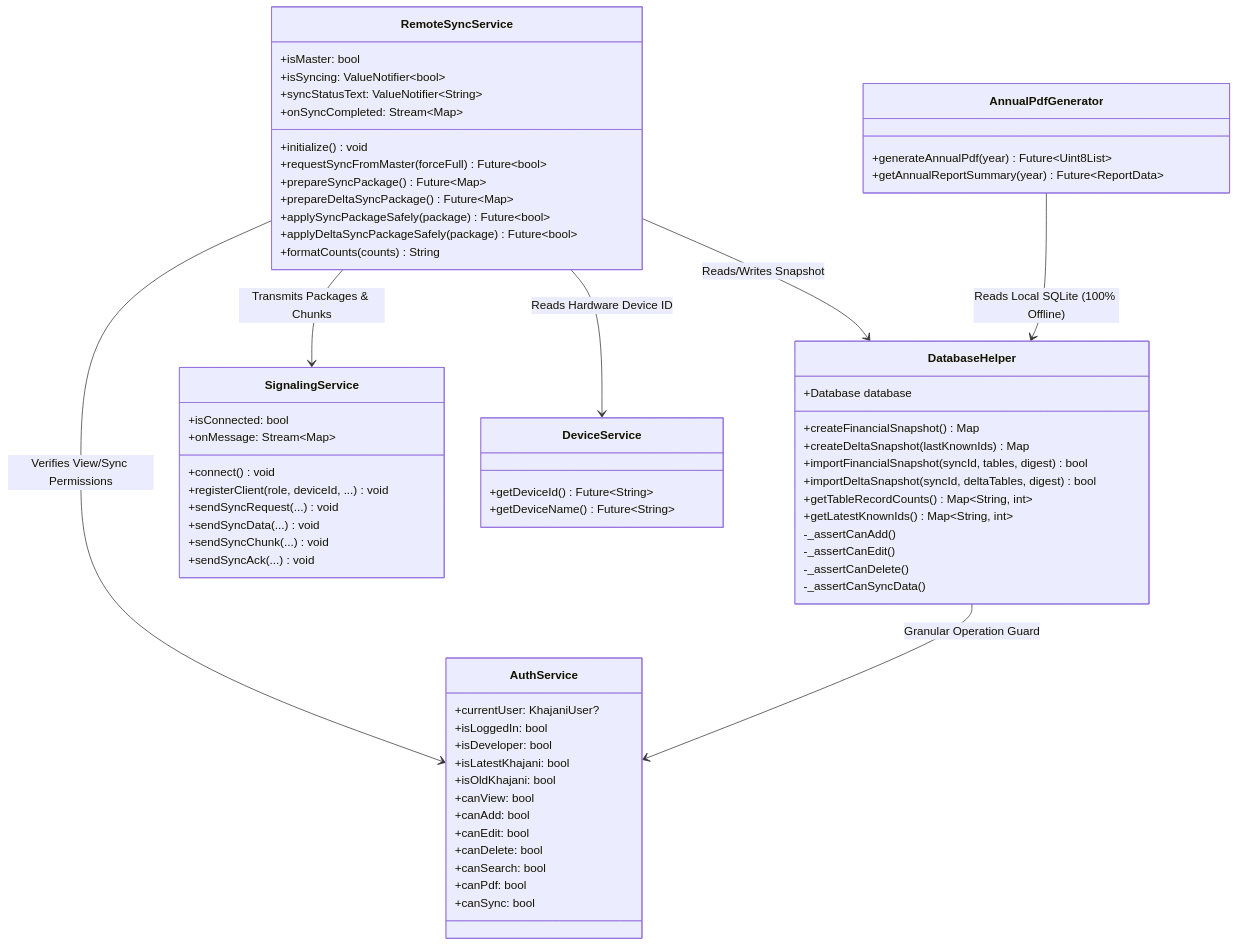
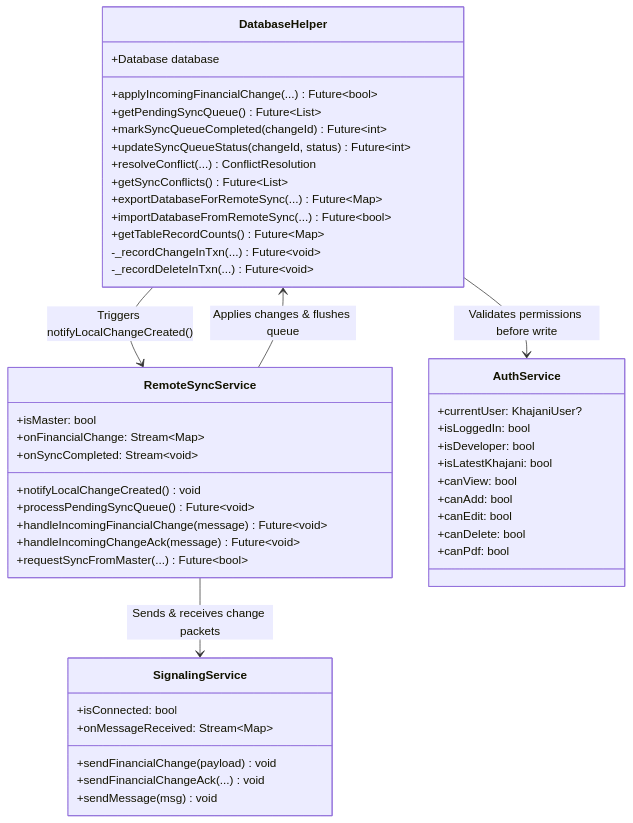
One commit to Sp-4030/Mandal-Management-App changed the second of 4 diagrams in README.md. Above: the diagram before and after it, drawn with Mermaid. The commit also changed other lines of this file and 12 other files, not shown here.

Commit message:
Implement two-way real-time and offline-first financial data synchronization across all authorized devices

````diff
--- a/README.md
+++ b/README.md
@@ -68,73 +69,53 @@
 ```mermaid
 classDiagram
     class DatabaseHelper {
         +Database database
-        +createFinancialSnapshot() Map
-        +createDeltaSnapshot(lastKnownIds) Map
-        +importFinancialSnapshot(syncId, tables, digest) bool
-        +importDeltaSnapshot(syncId, deltaTables, digest) bool
-        +getTableRecordCounts() Map~String, int~
-        +getLatestKnownIds() Map~String, int~
-        -_assertCanAdd()
-        -_assertCanEdit()
-        -_assertCanDelete()
-        -_assertCanSyncData()
+        +applyIncomingFinancialChange(...) Future~bool~
+        +getPendingSyncQueue() Future~List~
+        +markSyncQueueCompleted(changeId) Future~int~
+        +updateSyncQueueStatus(changeId, status) Future~int~
+        +resolveConflict(...) ConflictResolution
+        +getSyncConflicts() Future~List~
+        +exportDatabaseForRemoteSync(...) Future~Map~
+        +importDatabaseFromRemoteSync(...) Future~bool~
+        +getTableRecordCounts() Future~Map~
+        -_recordChangeInTxn(...) Future~void~
+        -_recordDeleteInTxn(...) Future~void~
     }
 
     class RemoteSyncService {
         +isMaster: bool
-        +isSyncing: ValueNotifier~bool~
-        +syncStatusText: ValueNotifier~String~
-        +onSyncCompleted: Stream~Map~
-        +initialize() void
-        +requestSyncFromMaster(forceFull) Future~bool~
-        +prepareSyncPackage() Future~Map~
-        +prepareDeltaSyncPackage() Future~Map~
-        +applySyncPackageSafely(package) Future~bool~
-        +applyDeltaSyncPackageSafely(package) Future~bool~
-        +formatCounts(counts) String
+        +onFinancialChange: Stream~Map~
+        +onSyncCompleted: Stream~void~
+        +notifyLocalChangeCreated() void
+        +processPendingSyncQueue() Future~void~
+        +handleIncomingFinancialChange(message) Future~void~
+        +handleIncomingChangeAck(message) Future~void~
+        +requestSyncFromMaster(...) Future~bool~
     }
 
     class SignalingService {
         +isConnected: bool
-        +onMessage: Stream~Map~
-        +connect() void
-        +registerClient(role, deviceId, ...) void
-        +sendSyncRequest(...) void
-        +sendSyncData(...) void
-        +sendSyncChunk(...) void
-        +sendSyncAck(...) void
+        +onMessageReceived: Stream~Map~
+        +sendFinancialChange(payload) void
+        +sendFinancialChangeAck(...) void
+        +sendMessage(msg) void
     }
 
     class AuthService {
         +currentUser: KhajaniUser?
         +isLoggedIn: bool
         +isDeveloper: bool
         +isLatestKhajani: bool
-        +isOldKhajani: bool
         +canView: bool
         +canAdd: bool
         +canEdit: bool
         +canDelete: bool
-        +canSearch: bool
         +canPdf: bool
-        +canSync: bool
     }
 
-    class DeviceService {
-        +getDeviceId() Future~String~
-        +getDeviceName() Future~String~
-    }
-
-    class AnnualPdfGenerator {
-        +generateAnnualPdf(year) Future~Uint8List~
-        +getAnnualReportSummary(year) Future~ReportData~
-    }
-
-    RemoteSyncService --> DatabaseHelper : Reads/Writes Snapshot
-    RemoteSyncService --> SignalingService : Transmits Packages & Chunks
-    RemoteSyncService --> AuthService : Verifies View/Sync Permissions
-    RemoteSyncService --> DeviceService : Reads Hardware Device ID
-    DatabaseHelper --> AuthService : Granular Operation Guard
-    AnnualPdfGenerator --> DatabaseHelper : Reads Local SQLite (100% Offline)
+    RemoteSyncService --> DatabaseHelper : Applies changes & flushes queue
+    RemoteSyncService --> SignalingService : Sends & receives change packets
+    DatabaseHelper --> RemoteSyncService : Triggers notifyLocalChangeCreated()
+    DatabaseHelper --> AuthService : Validates permissions before write
 ```
````
